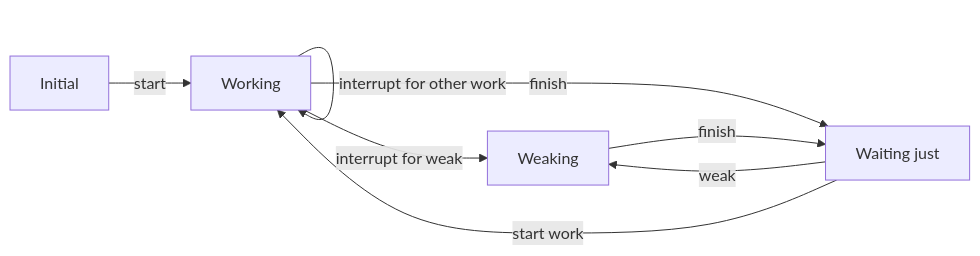
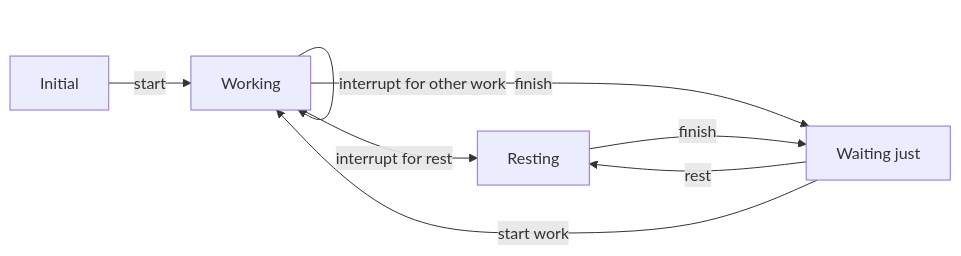
The diagram in README.md (featzhang/flake-nap), drawn with Mermaid before and after one commit. The commit also changed 1 other file, not shown here.

````diff
--- a/README.md
+++ b/README.md
@@ -5,16 +5,16 @@
 ```mermaid
 graph LR
 
 init[Initial]
 work[Working]
-weak[Weaking]
+rest[Resting]
 wait[Waiting just]
 
 init -- start --> work
 work -- interrupt for other work --> work
-work -- interrupt for weak --> weak
+work -- interrupt for rest --> rest
 work -- finish --> wait
-wait -- weak --> weak
-weak -- finish --> wait
+wait -- rest --> rest
+rest -- finish --> wait
 wait -- start work --> work 
 ```
````
